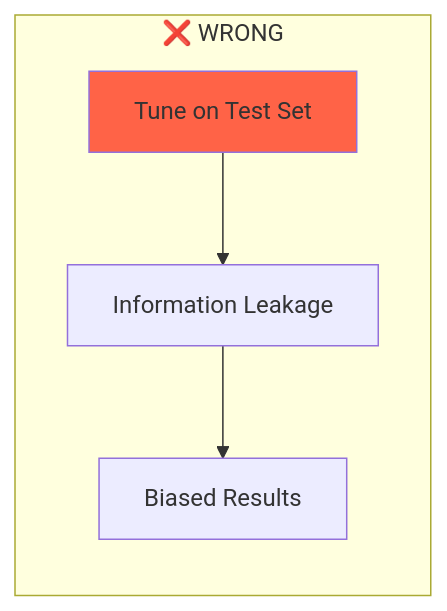
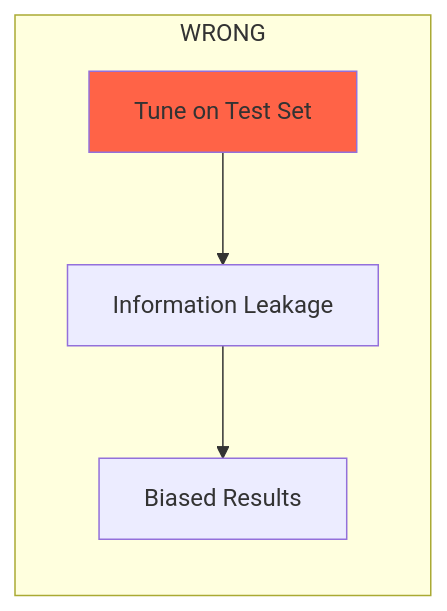
Diagram 19 of 28 in AI/Non Academic/Machine Learning/02. Foundations of Machine Learning.md (Vtheonly/Obsidian_Notes), drawn with Mermaid before and after one commit. The commit also changed other lines of this file and 148 other files, not shown here.

````diff
--- a/AI/Non Academic/Machine Learning/02. Foundations of Machine Learning.md
+++ b/AI/Non Academic/Machine Learning/02. Foundations of Machine Learning.md
@@ -627,12 +627,12 @@
 ```mermaid
 flowchart LR
-    subgraph Bad1["❌ WRONG"]
+    subgraph Bad1[" WRONG"]
         B1["Tune on Test Set"]
         B2["Information Leakage"]
         B3["Biased Results"]
     end
     
     B1 --> B2 --> B3
     
     style B1 fill:#FF6347
 ```
````
